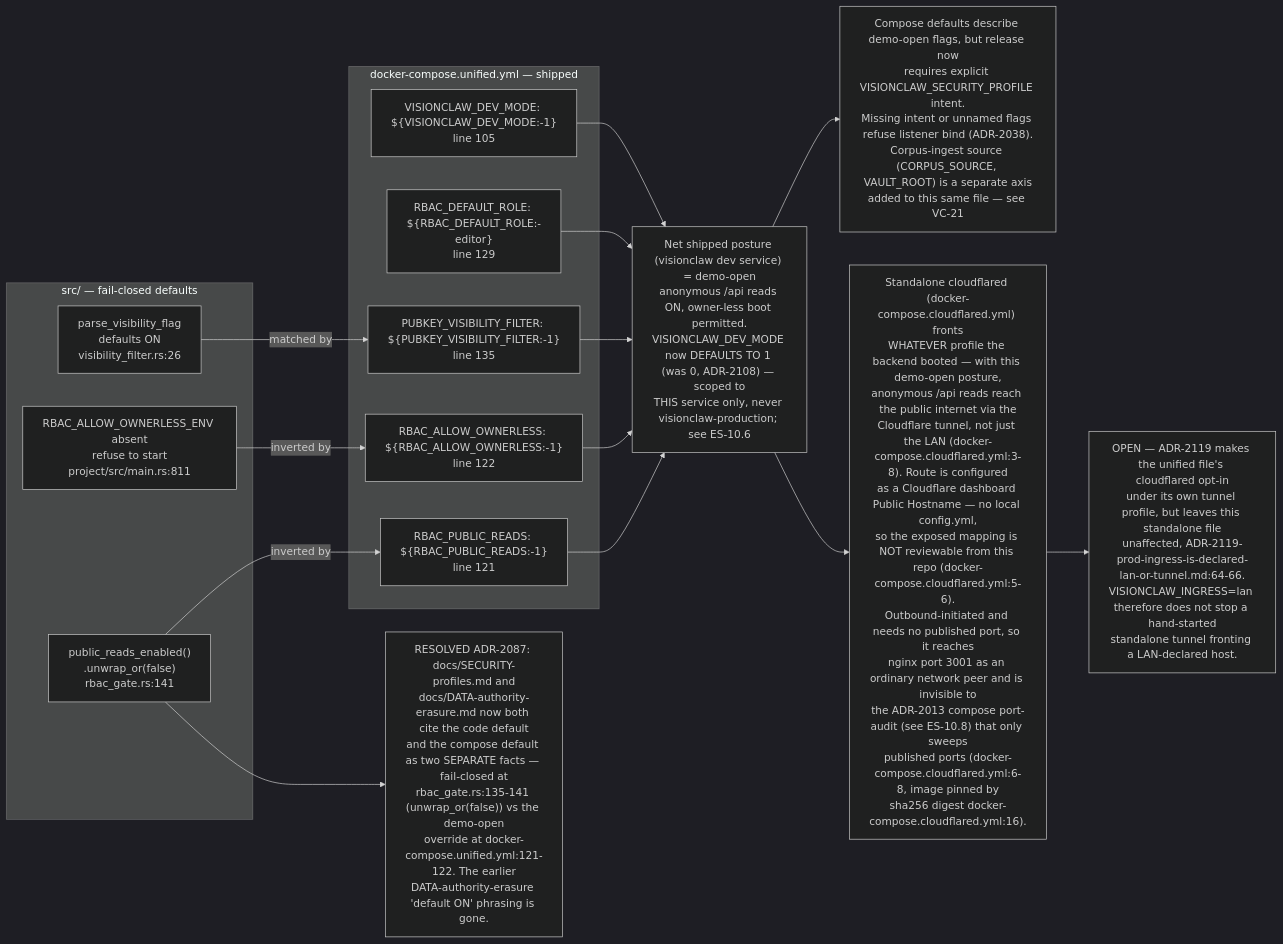
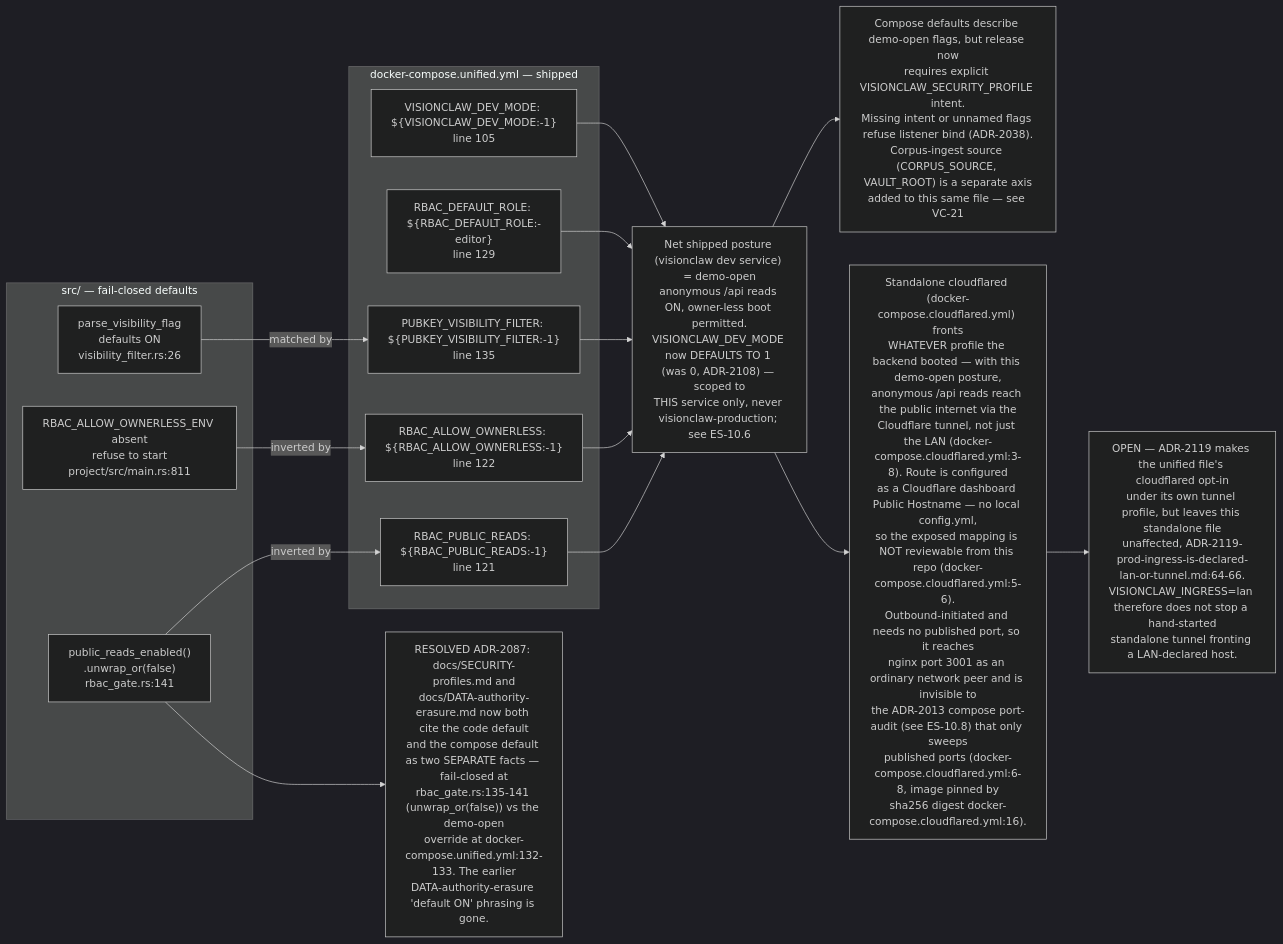
One commit to DreamLab-AI/VisionFlow changed the third of 11 diagrams in docs/diagrams/estate/10-deployment-and-security-profiles.md. Above: the diagram before and after it, drawn with Mermaid (dark theme). The commit also changed other lines of this file and 142 other files, not shown here.

First line of the commit message:
docs(diagrams): one System One route; re-verify 140 topics at today's heads

````diff
--- a/docs/diagrams/estate/10-deployment-and-security-profiles.md
+++ b/docs/diagrams/estate/10-deployment-and-security-profiles.md
@@ -144,33 +146,33 @@
 ```mermaid
 flowchart LR
     subgraph codeside["src/ — fail-closed defaults"]
         A1["public_reads_enabled()<br/>.unwrap_or(false)<br/>rbac_gate.rs:141"]
         A2["RBAC_ALLOW_OWNERLESS_ENV absent<br/>refuse to start<br/>project/src/main.rs:811"]
         A3["parse_visibility_flag<br/>defaults ON<br/>visibility_filter.rs:26"]
     end
     subgraph composeside["docker-compose.unified.yml — shipped"]
         B1["RBAC_PUBLIC_READS: ${RBAC_PUBLIC_READS:-1}<br/>line 121"]
         B2["RBAC_ALLOW_OWNERLESS: ${RBAC_ALLOW_OWNERLESS:-1}<br/>line 122"]
         B3["PUBKEY_VISIBILITY_FILTER: ${PUBKEY_VISIBILITY_FILTER:-1}<br/>line 135"]
         B4["RBAC_DEFAULT_ROLE: ${RBAC_DEFAULT_ROLE:-editor}<br/>line 129"]
         B5["VISIONCLAW_DEV_MODE: ${VISIONCLAW_DEV_MODE:-1}<br/>line 105"]
     end
     NET["Net shipped posture (visionclaw dev service) = demo-open<br/>anonymous /api reads ON, owner-less boot permitted.<br/>VISIONCLAW_DEV_MODE now DEFAULTS TO 1 (was 0, ADR-2108) — scoped to<br/>THIS service only, never visionclaw-production; see ES-10.6"]
     DRIFT1["Compose defaults describe demo-open flags, but release now<br/>requires explicit VISIONCLAW_SECURITY_PROFILE intent.<br/>Missing intent or unnamed flags refuse listener bind (ADR-2038).<br/>Corpus-ingest source (CORPUS_SOURCE, VAULT_ROOT) is a separate axis<br/>added to this same file — see VC-21"]
-    DRIFT2["RESOLVED ADR-2087: docs/SECURITY-profiles.md and<br/>docs/DATA-authority-erasure.md now both cite the code default<br/>and the compose default as two SEPARATE facts — fail-closed at<br/>rbac_gate.rs:135-141 (unwrap_or(false)) vs the demo-open<br/>override at docker-compose.unified.yml:121-122. The earlier<br/>DATA-authority-erasure 'default ON' phrasing is gone."]
+    DRIFT2["RESOLVED ADR-2087: docs/SECURITY-profiles.md and<br/>docs/DATA-authority-erasure.md now both cite the code default<br/>and the compose default as two SEPARATE facts — fail-closed at<br/>rbac_gate.rs:135-141 (unwrap_or(false)) vs the demo-open<br/>override at docker-compose.unified.yml:132-133. The earlier<br/>DATA-authority-erasure 'default ON' phrasing is gone."]
     CFT["Standalone cloudflared (docker-compose.cloudflared.yml) fronts<br/>WHATEVER profile the backend booted — with this demo-open posture,<br/>anonymous /api reads reach the public internet via the<br/>Cloudflare tunnel, not just the LAN (docker-compose.cloudflared.yml:3-8). Route is configured<br/>as a Cloudflare dashboard Public Hostname — no local config.yml,<br/>so the exposed mapping is NOT reviewable from this repo (docker-compose.cloudflared.yml:5-6).<br/>Outbound-initiated and needs no published port, so it reaches<br/>nginx port 3001 as an ordinary network peer and is invisible to<br/>the ADR-2013 compose port-audit (see ES-10.8) that only sweeps<br/>published ports (docker-compose.cloudflared.yml:6-8, image pinned by<br/>sha256 digest docker-compose.cloudflared.yml:16)."]
 
     A1 -- "inverted by" --> B1
     A2 -- "inverted by" --> B2
     A3 -- "matched by" --> B3
     B1 --> NET
     B2 --> NET
     B3 --> NET
     B4 --> NET
     B5 --> NET
     NET --> DRIFT1
     NET --> CFT
     LANGAP["OPEN — ADR-2119 makes the unified file's cloudflared opt-in<br/>under its own tunnel profile, but leaves this standalone file<br/>unaffected, ADR-2119-prod-ingress-is-declared-lan-or-tunnel.md:64-66.<br/>VISIONCLAW_INGRESS=lan therefore does not stop a hand-started<br/>standalone tunnel fronting a LAN-declared host."]
     CFT --> LANGAP
     A1 --> DRIFT2
 ```
````
